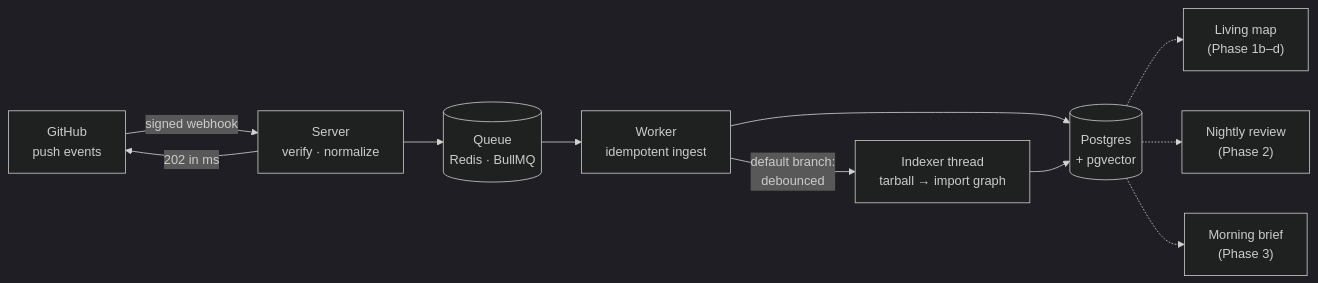
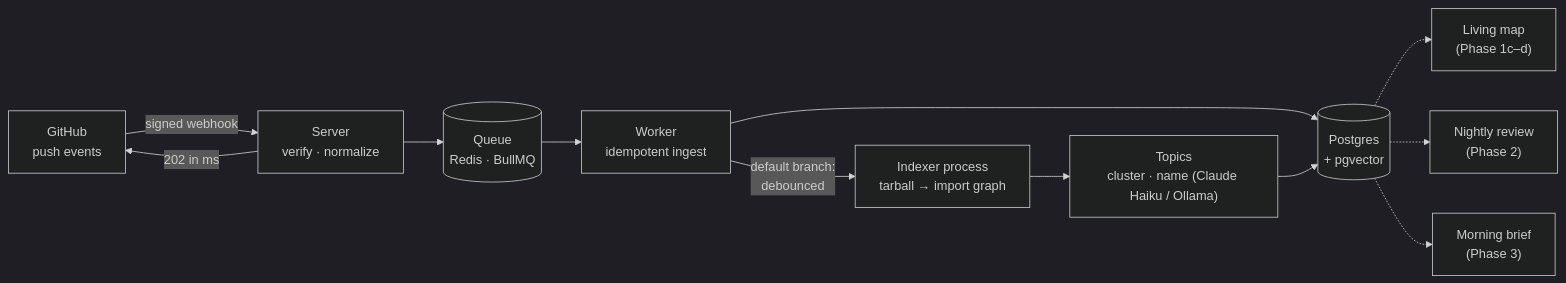
The diagram in README.md (Tunaycel/waymark), drawn with Mermaid (dark theme) before and after one commit. The commit also changed other lines of this file and 4 other files, not shown here.

````diff
--- a/README.md
+++ b/README.md
@@ -32,13 +32,14 @@
 ```mermaid
 flowchart LR
   GH["GitHub<br/>push events"] -->|"signed webhook"| S["Server<br/>verify · normalize"]
   S -->|"202 in ms"| GH
   S --> Q[("Queue<br/>Redis · BullMQ")]
   Q --> W["Worker<br/>idempotent ingest"]
   W --> DB[("Postgres<br/>+ pgvector")]
-  W -->|"default branch:<br/>debounced"| IX["Indexer thread<br/>tarball → import graph"]
-  IX --> DB
-  DB -.-> M["Living map<br/>(Phase 1b–d)"]
+  W -->|"default branch:<br/>debounced"| IX["Indexer process<br/>tarball → import graph"]
+  IX --> TP["Topics<br/>cluster · name (Claude Haiku / Ollama)"]
+  TP --> DB
+  DB -.-> M["Living map<br/>(Phase 1c–d)"]
   DB -.-> R["Nightly review<br/>(Phase 2)"]
   DB -.-> B["Morning brief<br/>(Phase 3)"]
 ```
````
